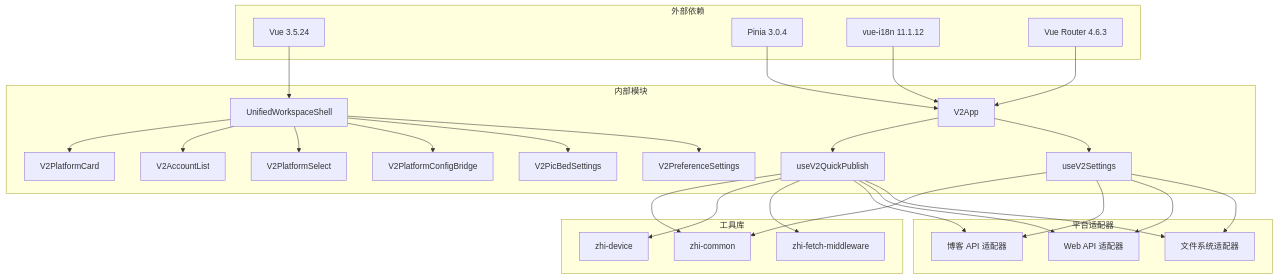
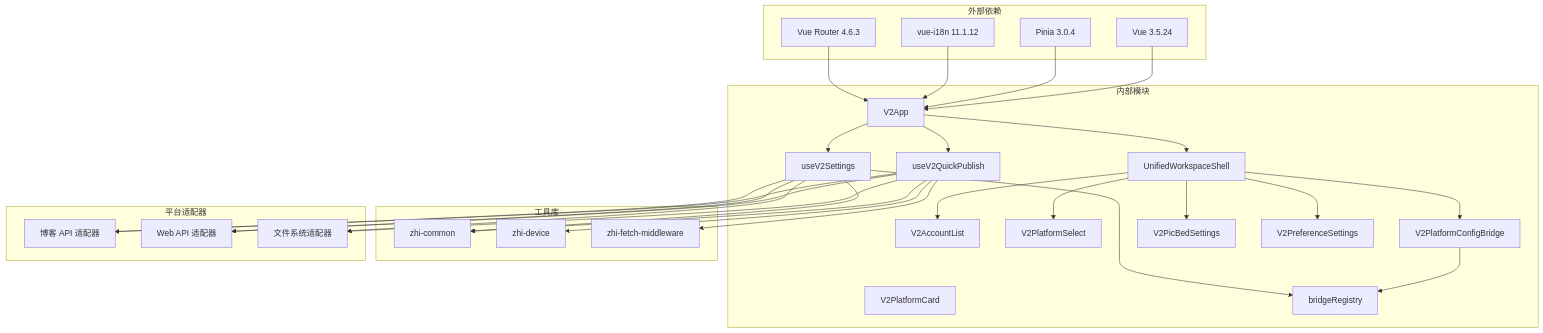
One commit to terwer/siyuan-plugin-publisher changed diagram 11 of 11 in .qoder/repowiki/zh/content/统一工作壳组件.md. Above: the diagram before and after it, drawn with Mermaid. The commit also changed other lines of this file and 6 other files, not shown here.

First line of the commit message:
docs(architecture): clarify and split workspace shell component responsibilities

````diff
--- a/.qoder/repowiki/zh/content/统一工作壳组件.md
+++ b/.qoder/repowiki/zh/content/统一工作壳组件.md
@@ -470,53 +474,56 @@
 ```mermaid
 graph TD
 subgraph "外部依赖"
 Vue[Vue 3.5.24]
 Pinia[Pinia 3.0.4]
 I18n[vue-i18n 11.1.12]
 Router[Vue Router 4.6.3]
 end
 subgraph "内部模块"
-Shell[UnifiedWorkspaceShell]
 V2App[V2App]
+UnifiedShell[UnifiedWorkspaceShell]
 QuickPublish[useV2QuickPublish]
 Settings[useV2Settings]
 PlatformCard[V2PlatformCard]
 AccountList[V2AccountList]
 PlatformSelect[V2PlatformSelect]
 PlatformConfig[V2PlatformConfigBridge]
 PicBedSettings[V2PicBedSettings]
 PreferenceSettings[V2PreferenceSettings]
+BridgeRegistry[bridgeRegistry]
 end
 subgraph "工具库"
 Common[zhi-common]
 Device[zhi-device]
 Fetch[zhi-fetch-middleware]
 end
 subgraph "平台适配器"
 BlogApis[博客 API 适配器]
 WebApis[Web API 适配器]
 FileSystem[文件系统适配器]
 end
-Vue --> Shell
+Vue --> V2App
 Pinia --> V2App
 I18n --> V2App
 Router --> V2App
-Shell --> PlatformCard
-Shell --> AccountList
-Shell --> PlatformSelect
-Shell --> PlatformConfig
-Shell --> PicBedSettings
-Shell --> PreferenceSettings
+V2App --> UnifiedShell
 V2App --> QuickPublish
 V2App --> Settings
+UnifiedShell --> AccountList
+UnifiedShell --> PlatformSelect
+UnifiedShell --> PlatformConfig
+UnifiedShell --> PicBedSettings
+UnifiedShell --> PreferenceSettings
+PlatformConfig --> BridgeRegistry
+Settings --> BridgeRegistry
 QuickPublish --> Common
 QuickPublish --> Device
 QuickPublish --> Fetch
 QuickPublish --> BlogApis
 QuickPublish --> WebApis
 QuickPublish --> FileSystem
 Settings --> Common
 Settings --> BlogApis
 Settings --> WebApis
 Settings --> FileSystem
 ```
````
